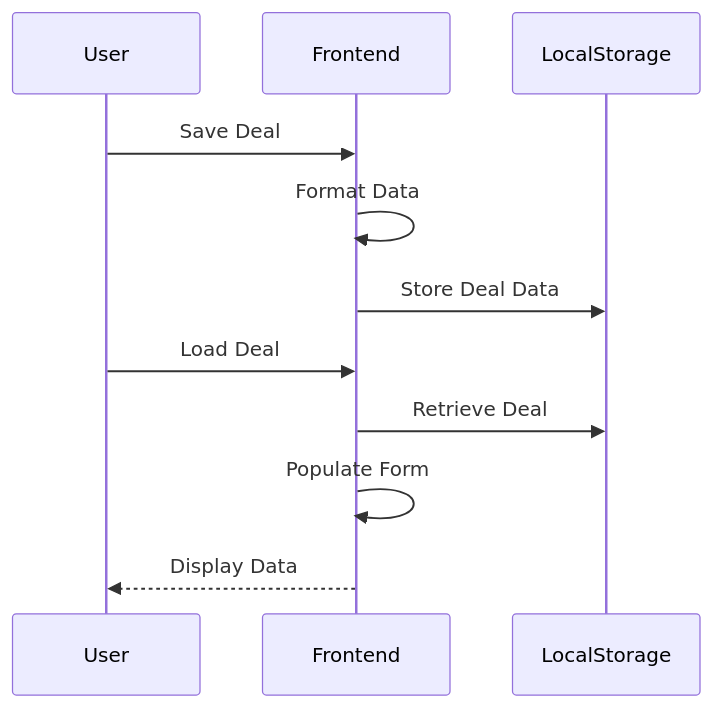
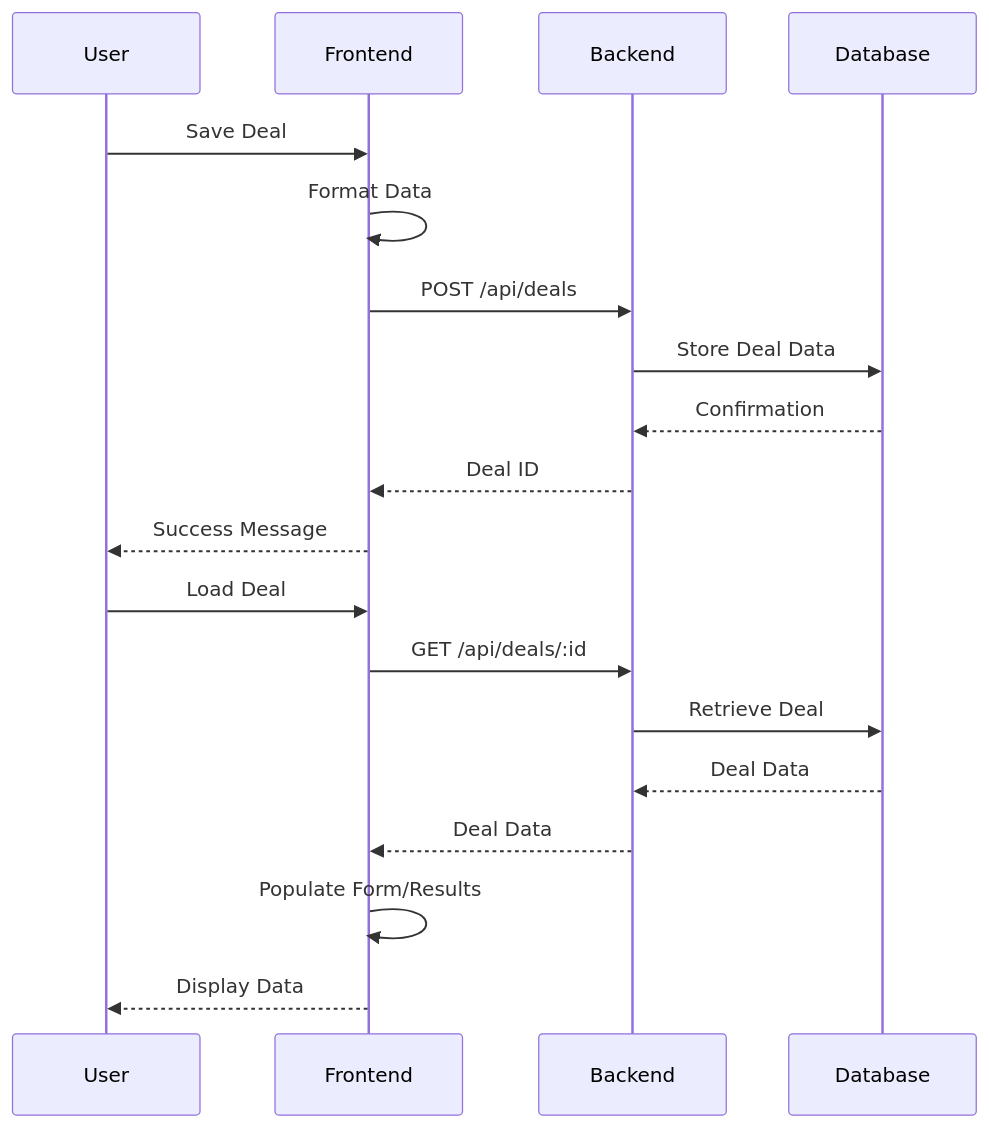
Before and after one commit to parth3001/real-estate-analyzer: the second of 2 diagrams in ARCHITECTURE.md, drawn with Mermaid. The commit also changed other lines of this file and 4 other files, not shown here.

Commit message:
Update documentation for SFR Analysis milestone: README, frontend docs, ARCHITECTURE, API, and new MILESTONE document

````diff
--- a/ARCHITECTURE.md
+++ b/ARCHITECTURE.md
@@ -295,14 +348,23 @@
 ```mermaid
 sequenceDiagram
     participant U as User
     participant F as Frontend
-    participant LS as LocalStorage
+    participant BE as Backend
+    participant DB as Database
 
     U->>F: Save Deal
     F->>F: Format Data
-    F->>LS: Store Deal Data
+    F->>BE: POST /api/deals
+    BE->>DB: Store Deal Data
+    DB-->>BE: Confirmation
+    BE-->>F: Deal ID
+    F-->>U: Success Message
+    
     U->>F: Load Deal
-    F->>LS: Retrieve Deal
-    F->>F: Populate Form
+    F->>BE: GET /api/deals/:id
+    BE->>DB: Retrieve Deal
+    DB-->>BE: Deal Data
+    BE-->>F: Deal Data
+    F->>F: Populate Form/Results
     F-->>U: Display Data
 ```
````
